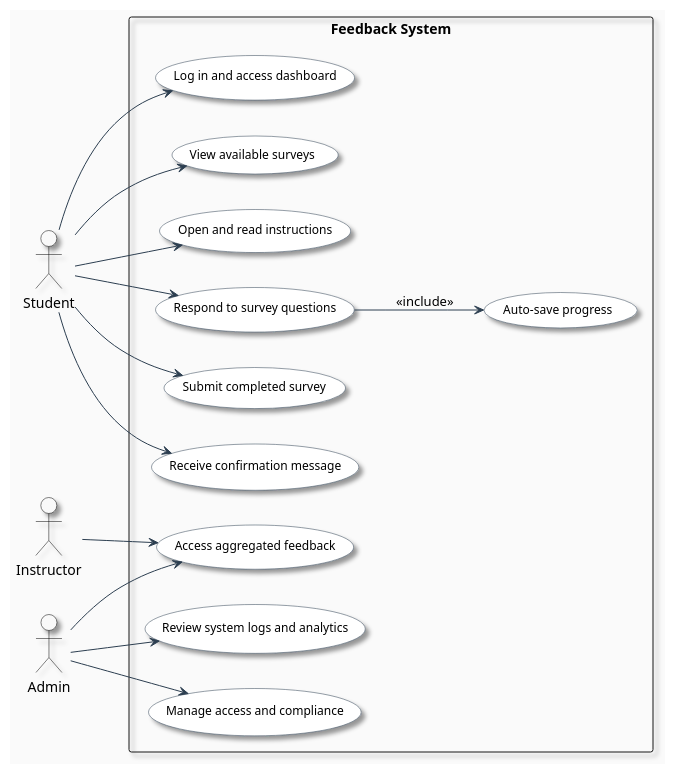
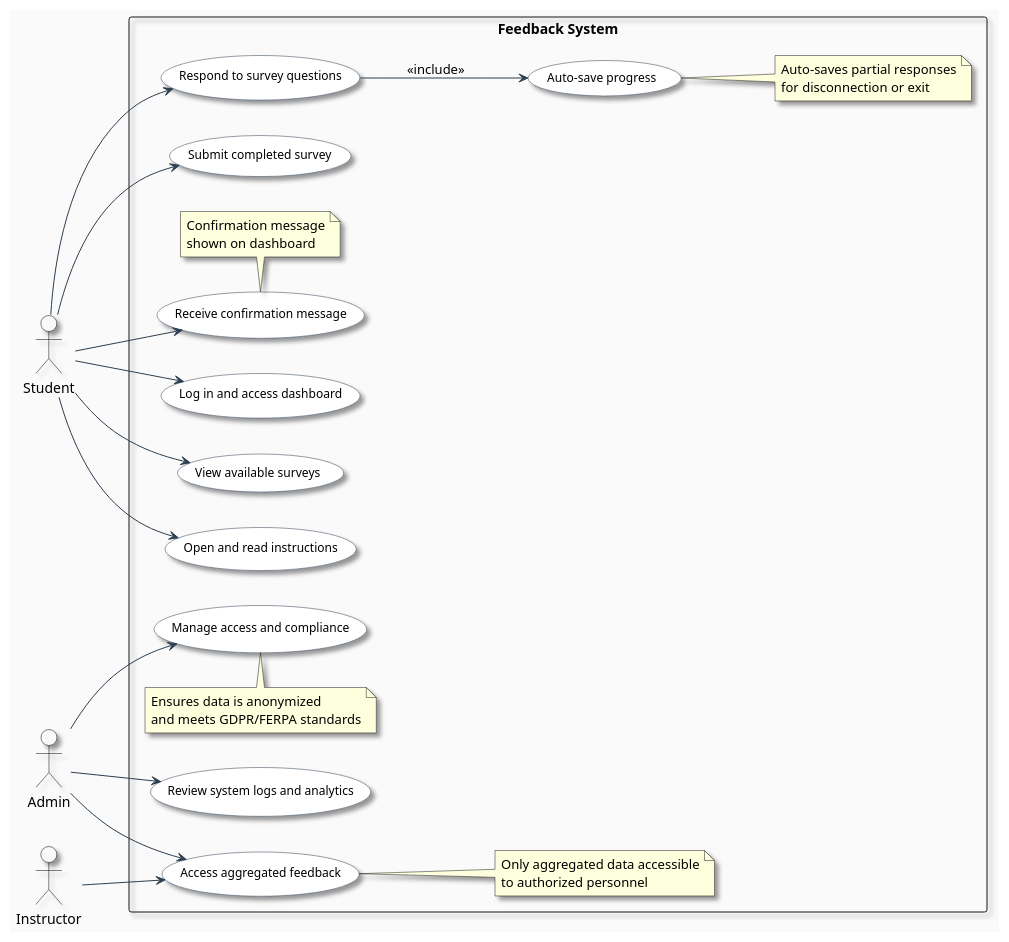
One commit to bahati7/MKB-cohort-2-Demo changed the diagram in doc/usecases/plantUML/tempUC-ProvideFeedback.puml. Above: the diagram before and after it, drawn with PlantUML.

Commit message:
Added detailed use cases with notes for key feedback system functionalities
This commit introduces a focused PlantUML diagram that highlights four critical backend processes within the "Feedback System":
-Auto-save progress – Ensures that partial responses are saved in real-time, protecting user data in case of disconnection or accidental exit.
- Confirmation message; Provides immediate feedback to users after submission, thereby improving the user experience and closing the feedback loop.

- Manage access and compliance – Represents administrative controls to ensure privacy and legal compliance (e.g., GDPR/FERPA).
- Access aggregated feedback – Limits data access to anonymized, aggregated survey results for authorized personnel only.
- Each use case is accompanied by contextual notes that explain its purpose and importance, making the diagram easier to interpret for both developers and non-technical stakeholders.

```diff
--- a/doc/usecases/plantUML/tempUC-ProvideFeedback.puml
+++ b/doc/usecases/plantUML/tempUC-ProvideFeedback.puml
@@ -1,61 +1,79 @@
 @startuml provide_feedback_usecase
 
 left to right direction
 skinparam backgroundColor #FAFAFA
 skinparam shadowing true
 
 skinparam actor {
     BackgroundColor #f9f9f9
     BorderColor Black
     FontColor Black
     Shadowing true
 }
 
 skinparam usecase {
     BackgroundColor White
     BorderColor #2C3E50
     ArrowColor #2C3E50
     FontColor Black
     FontSize 12
     Shadowing true
     RoundCorner 20
 }
 
 actor Student
 actor Instructor
 actor Admin
 
-actor Student
-
 rectangle "Feedback System" {
     usecase UC_LoginDashboard as "Log in and access dashboard"
     usecase UC_ViewSurveys as "View available surveys"
     usecase UC_ReadInstructions as "Open and read instructions"
     usecase UC_Respond as "Respond to survey questions"
     usecase UC_AutoSave as "Auto-save progress"
     usecase UC_Submit as "Submit completed survey"
     usecase UC_Confirm as "Receive confirmation message"
-}
-' Student Flow
-Student --> UC_LoginDashboard
-Student --> UC_ViewSurveys
-Student --> UC_ReadInstructions
-Student --> UC_Respond
-UC_Respond --> UC_AutoSave : <<include>>
-Student --> UC_Submit
-Student --> UC_Confirm
-
-rectangle "Feedback System" {
     usecase UC_Review as "Access aggregated feedback"
     usecase UC_Logs as "Review system logs and analytics"
     usecase UC_Privacy as "Manage access and compliance"
+
+    ' Student Flow
+    Student --> UC_LoginDashboard
+    Student --> UC_ViewSurveys
+    Student --> UC_ReadInstructions
+    Student --> UC_Respond
+    UC_Respond --> UC_AutoSave : <<include>>
+    Student --> UC_Submit
+    Student --> UC_Confirm
+
+    ' Instructor Flow
+    Instructor --> UC_Review
+
+    ' Admin Flow
+    Admin --> UC_Review
+    Admin --> UC_Logs
+    Admin --> UC_Privacy
+
+    ' Notes for clarifications
+    note right of UC_AutoSave
+        Auto-saves partial responses
+        for disconnection or exit
+    end note
+
+    note bottom of UC_Confirm
+        Confirmation message
+        shown on dashboard
+    end note
+
+    note top of UC_Privacy
+        Ensures data is anonymized
+        and meets GDPR/FERPA standards
+    end note
+
+    note right of UC_Review
+        Only aggregated data accessible
+        to authorized personnel
+    end note
 }
-' Instructor Flow
-Instructor --> UC_Review
-
-' Admin Flow
-Admin --> UC_Review
-Admin --> UC_Logs
-Admin --> UC_Privacy
 
 @enduml
```
